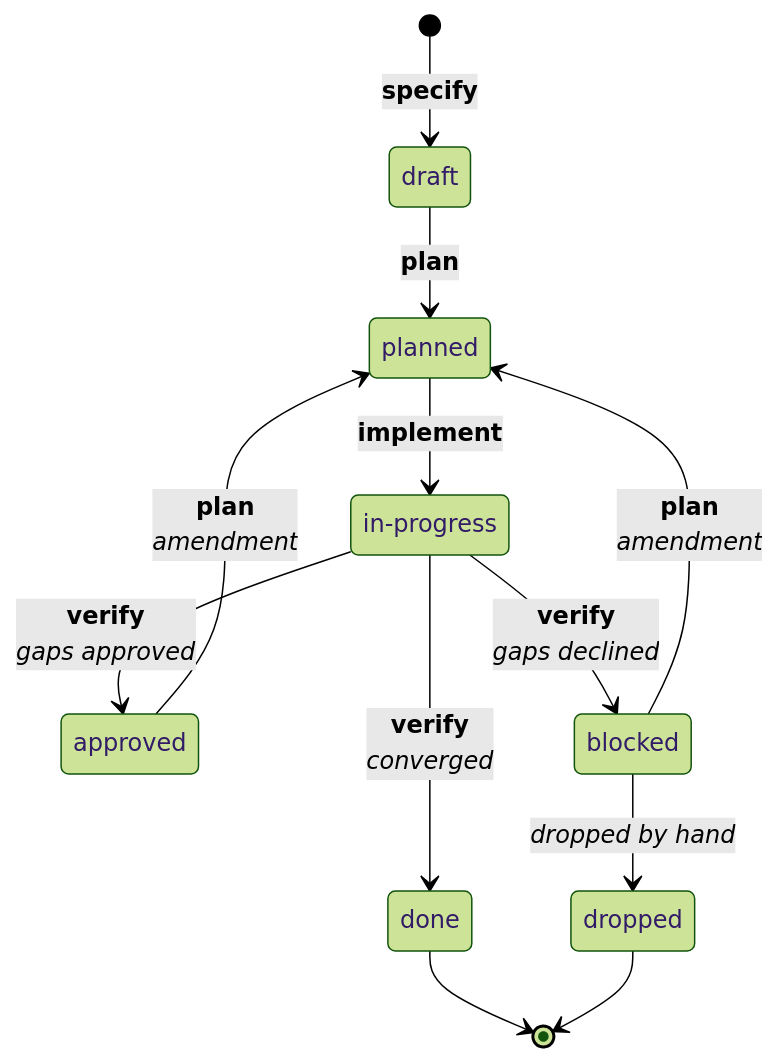
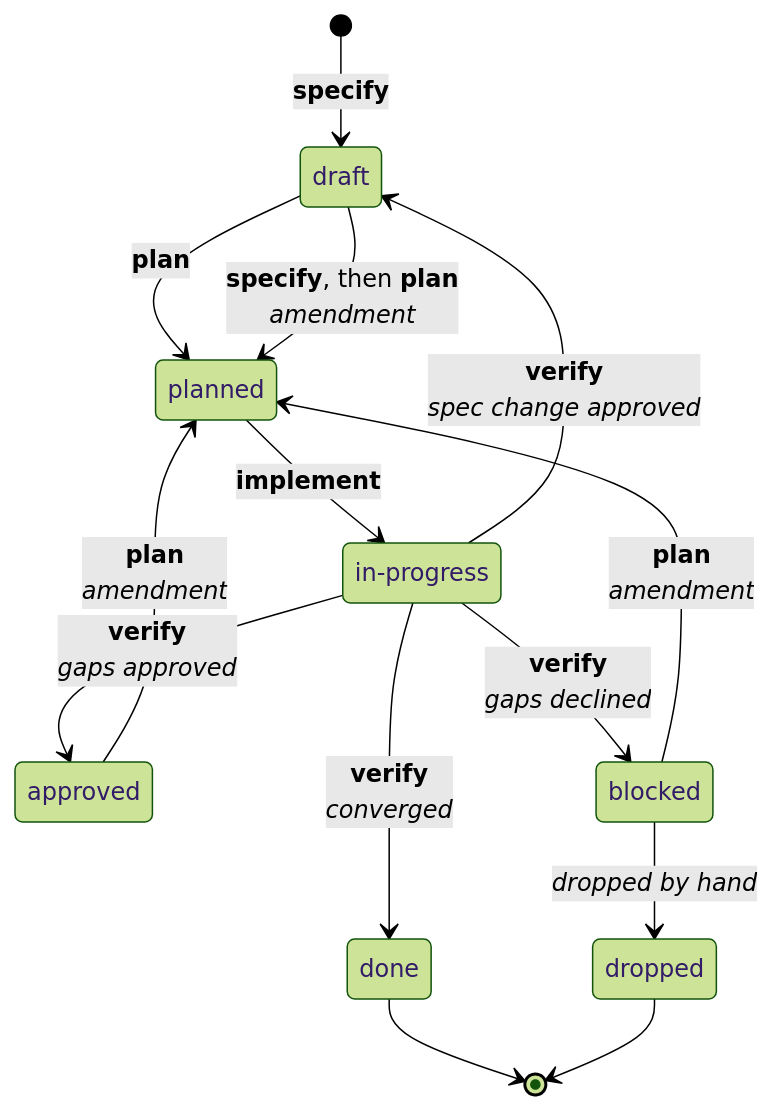
Before and after one commit to JoDi-27/JoDi-SDD: the diagram in README.md, drawn with Mermaid (forest theme). The commit also changed other lines of this file and 10 other files, not shown here.

First line of the commit message:
[meta] Route verify spec changes through specify; stop the fix loop after two rounds

````diff
--- a/README.md
+++ b/README.md
@@ -104,15 +104,17 @@
 ```mermaid
 stateDiagram-v2
   [*] --> draft: <b>specify</b>
   draft --> planned: <b>plan</b>
   planned --> in_progress: <b>implement</b>
   in_progress --> done: <b>verify</b><br/><i>converged</i>
   in_progress --> approved: <b>verify</b><br/><i>gaps approved</i>
   in_progress --> blocked: <b>verify</b><br/><i>gaps declined</i>
+  in_progress --> draft: <b>verify</b><br/><i>spec change approved</i>
+  draft --> planned: <b>specify</b>, then <b>plan</b><br/><i>amendment</i>
   approved --> planned: <b>plan</b><br/><i>amendment</i>
   blocked --> planned: <b>plan</b><br/><i>amendment</i>
   blocked --> dropped: <i>dropped by hand</i>
   done --> [*]
   dropped --> [*]
   in_progress: in-progress
 ```
````
